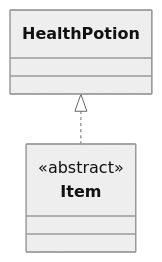
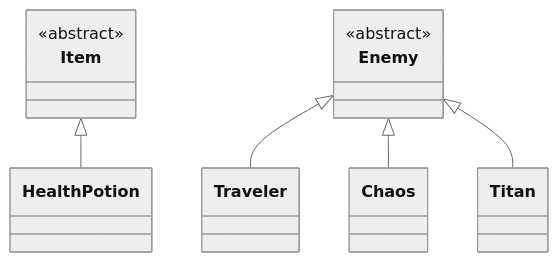
The diagram in README.md (bryanb619/DungeonCrawler), drawn with Mermaid (neutral theme) before and after one commit. The commit also changed 1 other file, not shown here.

Commit message:
Update UML Enemy & Subclasses

````diff
--- a/README.md
+++ b/README.md
@@ -38,12 +38,19 @@
 ```mermaid
 
 classDiagram
 
 
-  HealthPotion  <|..   Item  
+  Item         <|--     HealthPotion
+
+  Enemy        <|--     Traveler
+  Enemy        <|--     Chaos
+  Enemy        <|--     Titan 
 
 
   class Item 
   <<abstract>> Item 
 
+  class Enemy
+  <<abstract>> Enemy 
+
 ```
````
